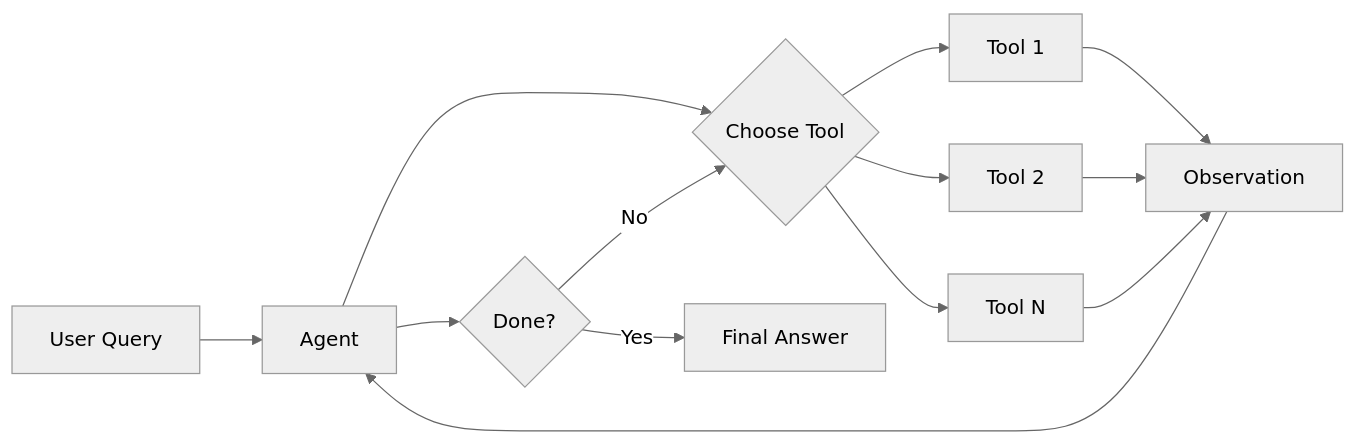
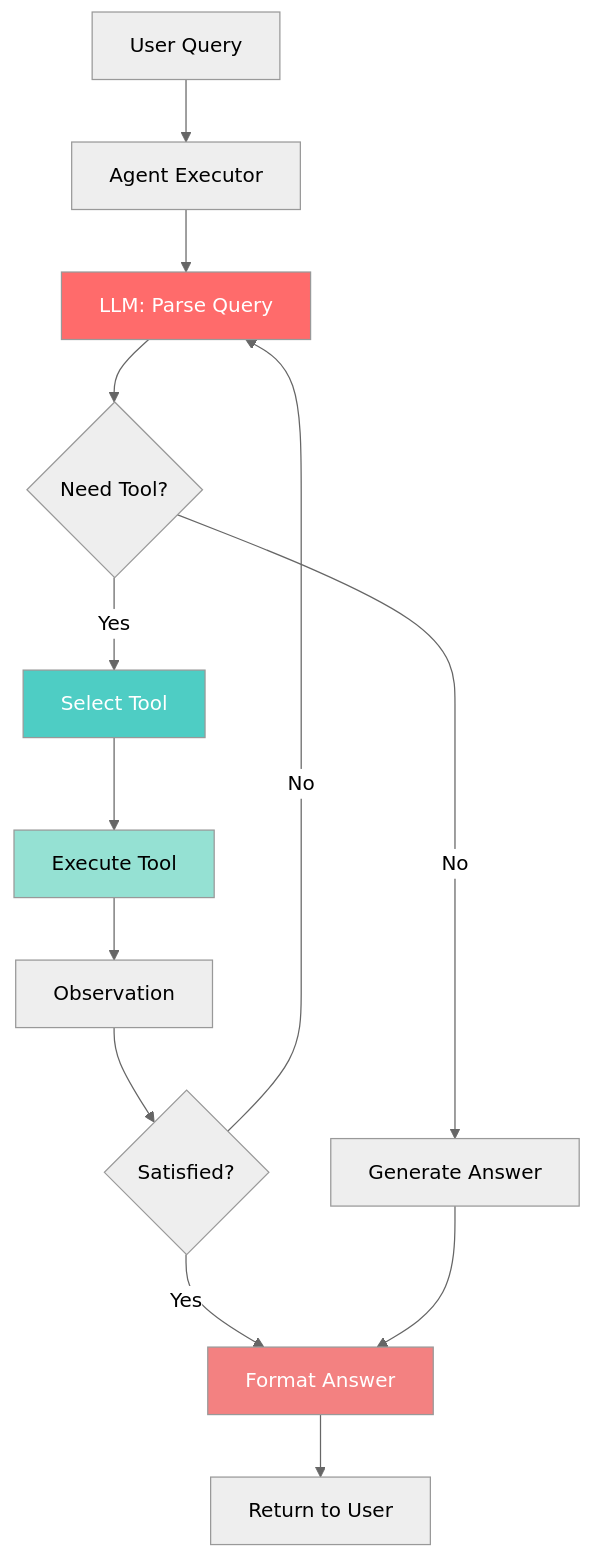
Before and after one commit to gurkanindibay/epam_ai: the seventh of 9 diagrams in LangChain_Key_Concepts.md, drawn with Mermaid (neutral theme). The commit also changed other lines of this file, not shown here.

Commit message:
Added chain agent comparision

````diff
--- a/LangChain_Key_Concepts.md
+++ b/LangChain_Key_Concepts.md
@@ -906,15 +2336,20 @@
 ```mermaid
-graph LR
-    A[User Query] --> B[Agent]
-    B --> C{Choose Tool}
-    C --> D[Tool 1]
-    C --> E[Tool 2]
-    C --> F[Tool N]
-    D --> G[Observation]
-    E --> G
-    F --> G
-    G --> B
-    B --> H{Done?}
-    H -->|No| C
-    H -->|Yes| I[Final Answer]
+graph TD
+    A[User Query] --> B[Agent Executor]
+    B --> C[LLM: Parse Query]
+    C --> D{Need Tool?}
+    D -->|Yes| E[Select Tool]
+    D -->|No| F[Generate Answer]
+    E --> G[Execute Tool]
+    G --> H[Observation]
+    H --> I{Satisfied?}
+    I -->|No| C
+    I -->|Yes| J[Format Answer]
+    F --> J
+    J --> K[Return to User]
+
+    style C fill:#FF6B6B,color:#fff
+    style E fill:#4ECDC4,color:#fff
+    style G fill:#95E1D3,color:#000
+    style J fill:#F38181,color:#fff
 ```
````
